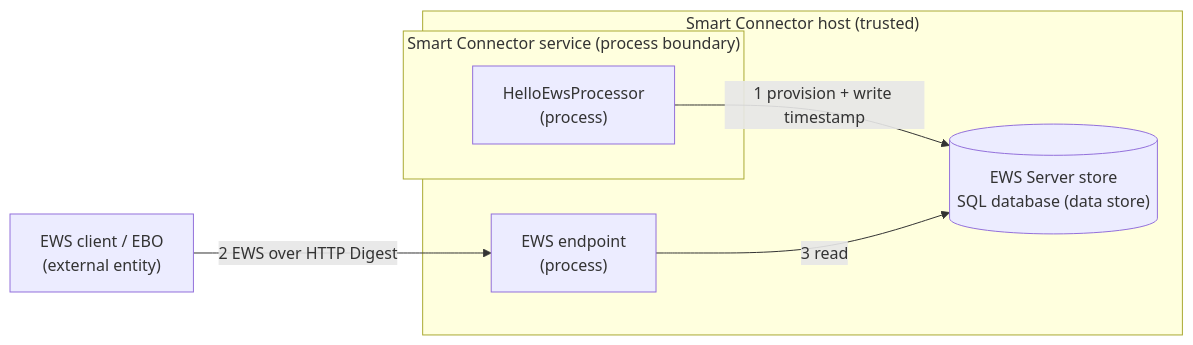
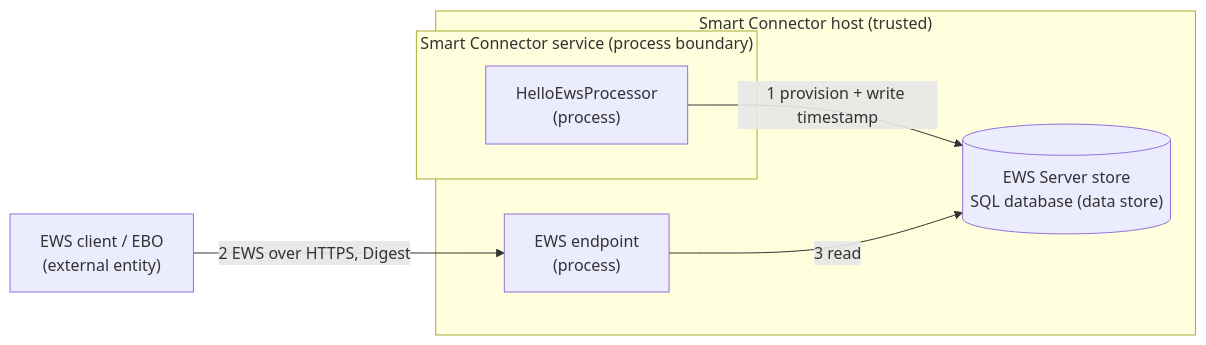
Before and after one commit to SchneiderElectricBuildings/SmartConnector: the diagram in examples/QuickStart.HelloEws/SECURITY.md, drawn with Mermaid. The commit also changed other lines of this file and 25 other files, not shown here.

First line of the commit message:
feat(examples): keep the example EWS Servers read-only, on HTTPS with SHA-256 Digest

````diff
--- a/examples/QuickStart.HelloEws/SECURITY.md
+++ b/examples/QuickStart.HelloEws/SECURITY.md
@@ -53,15 +53,15 @@
 ```mermaid
 flowchart LR
     subgraph host["Smart Connector host (trusted)"]
         subgraph svc["Smart Connector service (process boundary)"]
             P["HelloEwsProcessor<br/>(process)"]
         end
         DB[("EWS Server store<br/>SQL database (data store)")]
         EWS["EWS endpoint<br/>(process)"]
     end
     EBO["EWS client / EBO<br/>(external entity)"]
 
     P -->|"1 provision + write timestamp"| DB
     EWS -->|"3 read"| DB
-    EBO -->|"2 EWS over HTTP Digest"| EWS
+    EBO -->|"2 EWS over HTTPS, Digest"| EWS
 ```
````
